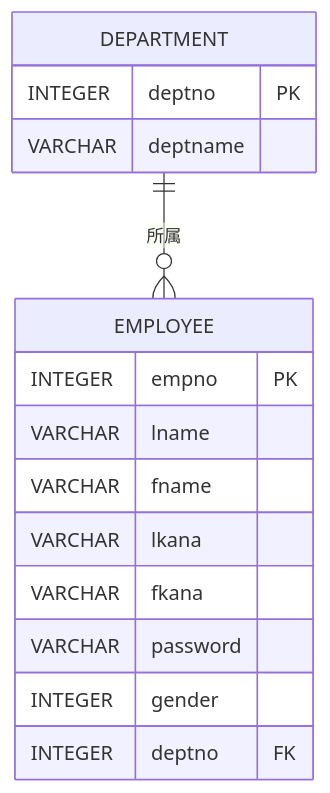
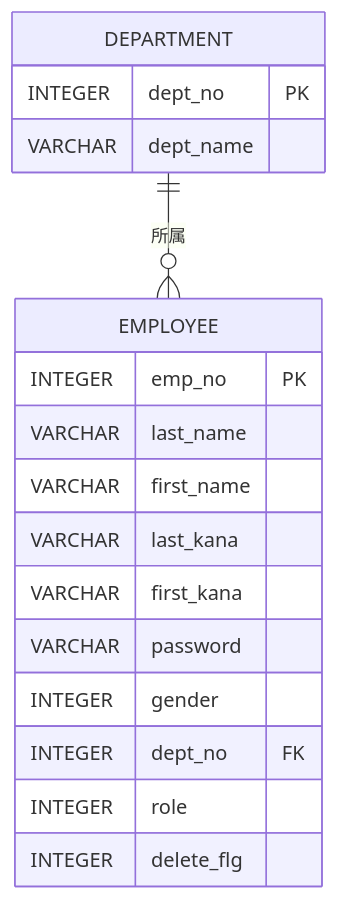
The eighth of 25 diagrams in EIMS_Comprehensive_Exercise_Guide.md (juyeongjung1/NewEIMS), drawn with Mermaid before and after one commit. The commit also changed other lines of this file, not shown here.

Commit message:
設計書のDB仕様を新カラム名(last_name,first_name等)に更新、role/delete_flg追加

````diff
--- a/EIMS_Comprehensive_Exercise_Guide.md
+++ b/EIMS_Comprehensive_Exercise_Guide.md
@@ -774,18 +774,20 @@
 ```mermaid
 erDiagram
     DEPARTMENT ||--o{ EMPLOYEE : "所属"
     DEPARTMENT {
-        INTEGER deptno PK
-        VARCHAR deptname
+        INTEGER dept_no PK
+        VARCHAR dept_name
     }
     EMPLOYEE {
-        INTEGER empno PK
-        VARCHAR lname
-        VARCHAR fname
-        VARCHAR lkana
-        VARCHAR fkana
+        INTEGER emp_no PK
+        VARCHAR last_name
+        VARCHAR first_name
+        VARCHAR last_kana
+        VARCHAR first_kana
         VARCHAR password
         INTEGER gender
-        INTEGER deptno FK
+        INTEGER dept_no FK
+        INTEGER role
+        INTEGER delete_flg
     }
 ```
````
